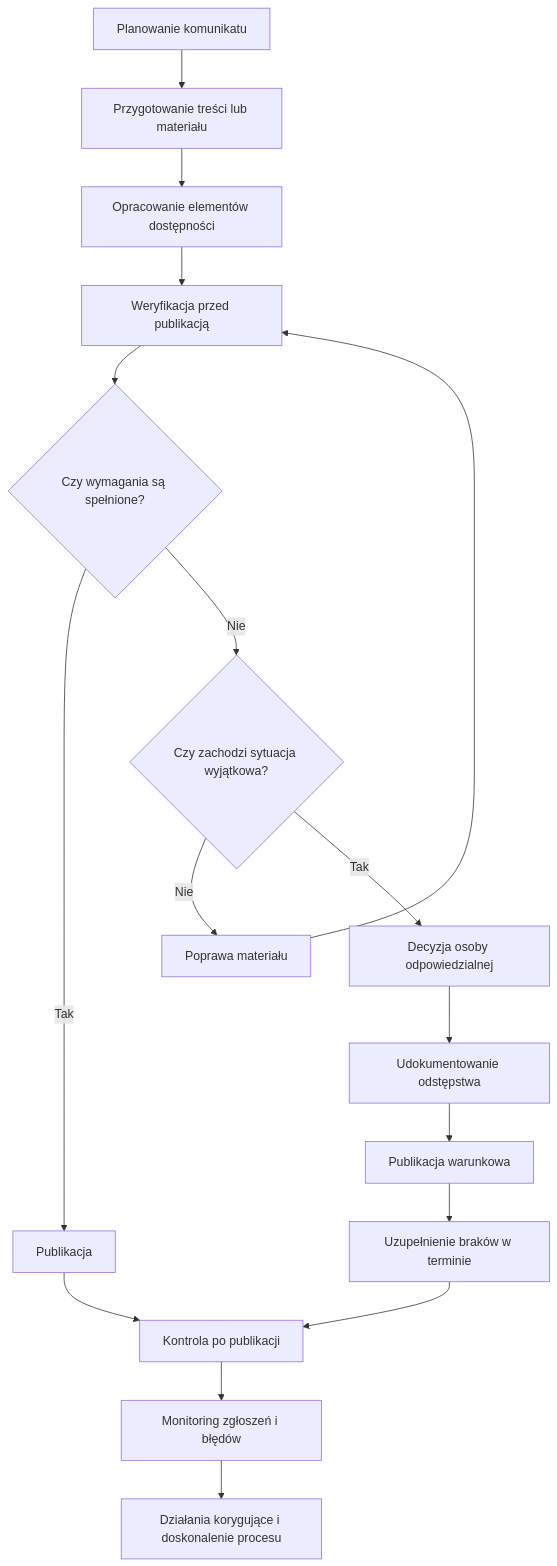
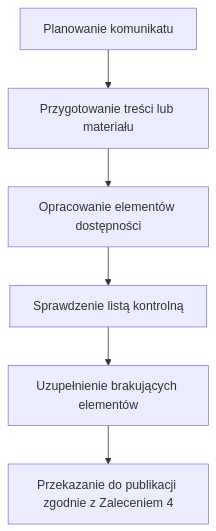
One commit to Siec-Dostepnosci-Cyfrowej/sdc changed the diagram in documentation/docs/komunikacja/komunikacja-masowa/model-operacyjny-publikacji-dostepnych-multimediow.md. Above: the diagram before and after it, drawn with Mermaid. The commit also changed other lines of this file and 15 other files, not shown here.

````diff
--- a/documentation/docs/komunikacja/komunikacja-masowa/model-operacyjny-publikacji-dostepnych-multimediow.md
+++ b/documentation/docs/komunikacja/komunikacja-masowa/model-operacyjny-publikacji-dostepnych-multimediow.md
@@ -56,19 +56,8 @@
 ```mermaid
 flowchart TD
     A[Planowanie komunikatu] --> B[Przygotowanie treści lub materiału]
     B --> C[Opracowanie elementów dostępności]
-    C --> D[Weryfikacja przed publikacją]
-    D --> E{Czy wymagania są spełnione?}
-    E -- Tak --> F[Publikacja]
-    E -- Nie --> G{Czy zachodzi sytuacja wyjątkowa?}
-    G -- Nie --> H[Poprawa materiału]
-    H --> D
-    G -- Tak --> I[Decyzja osoby odpowiedzialnej]
-    I --> J[Udokumentowanie odstępstwa]
-    J --> K[Publikacja warunkowa]
-    K --> L[Uzupełnienie braków w terminie]
-    L --> M[Kontrola po publikacji]
-    F --> M
-    M --> N[Monitoring zgłoszeń i błędów]
-    N --> O[Działania korygujące i doskonalenie procesu]
+    C --> D[Sprawdzenie listą kontrolną]
+    D --> E[Uzupełnienie brakujących elementów]
+    E --> F[Przekazanie do publikacji zgodnie z Zaleceniem 4]
 ```
````
